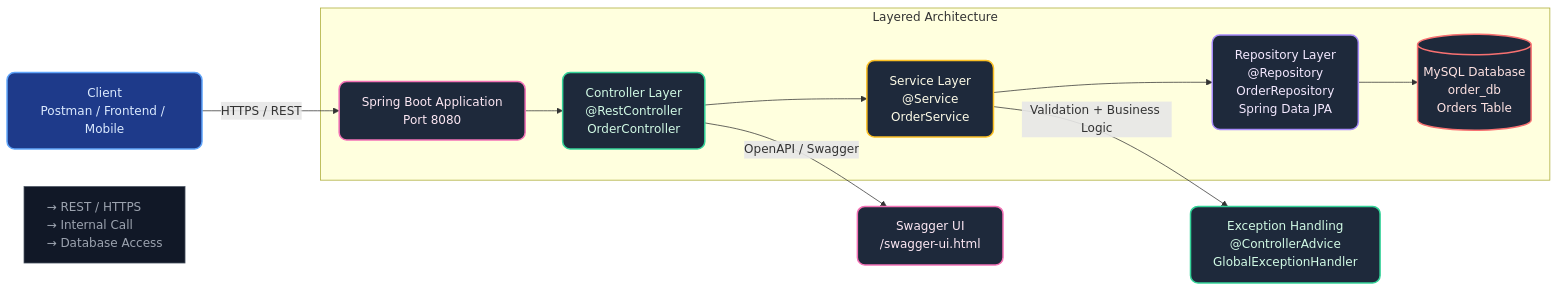
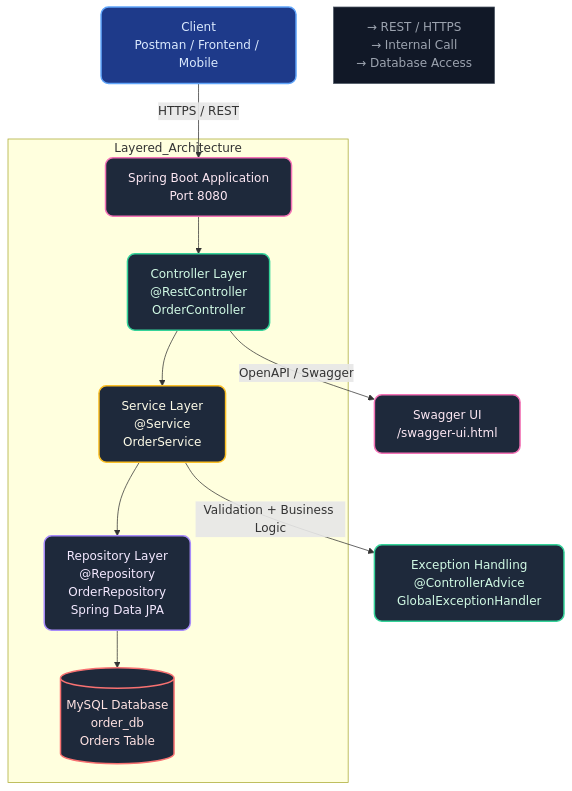
Before and after one commit to Biradarmahadev/Enterprise-Order-Processing-System: the diagram in README.md, drawn with Mermaid.

````diff
--- a/README.md
+++ b/README.md
@@ -44,30 +44,29 @@
 ```mermaid
-graph LR
+graph TB
     %% Modern styling
     classDef client fill:#1e3a8a,stroke:#60a5fa,stroke-width:2px,color:#dbeafe,rx:10px
     classDef gateway fill:#1e293b,stroke:#f472b6,stroke-width:2px,color:#fce7f3,rx:10px
     classDef controller fill:#1e293b,stroke:#34d399,stroke-width:2px,color:#d1fae5,rx:10px
     classDef service fill:#1e293b,stroke:#fbbf24,stroke-width:2px,color:#fefce8,rx:10px
     classDef repo fill:#1e293b,stroke:#a78bfa,stroke-width:2px,color:#f3e8ff,rx:10px
     classDef db fill:#1e293b,stroke:#f87171,stroke-width:2px,color:#fee2e2,rx:10px
 
     %% Flow
     A[Client<br>Postman / Frontend / Mobile]:::client -->|HTTPS / REST| B[Spring Boot Application<br>Port 8080]:::gateway
 
-    subgraph "Layered Architecture"
+    subgraph Layered_Architecture
         B --> C[Controller Layer<br>@RestController<br>OrderController]:::controller
         C --> D[Service Layer<br>@Service<br>OrderService]:::service
         D --> E[Repository Layer<br>@Repository<br>OrderRepository<br>Spring Data JPA]:::repo
         E --> F[(MySQL Database<br>order_db<br>Orders Table)]:::db
     end
 
     %% Additional flows
     D -->|Validation + Business Logic| G[Exception Handling<br>@ControllerAdvice<br>GlobalExceptionHandler]:::controller
     C -->|OpenAPI / Swagger| H[Swagger UI<br>/swagger-ui.html]:::gateway
 
     %% Legend
     classDef legend fill:#111827,stroke:#4b5563,stroke-width:1px,color:#9ca3af
     Legend[→ REST / HTTPS<br>→ Internal Call<br>→ Database Access]:::legend
 
-    style Legend text-align:left
 ```
````
